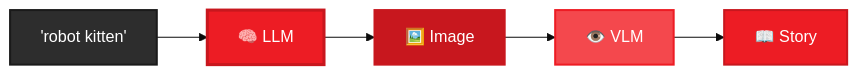
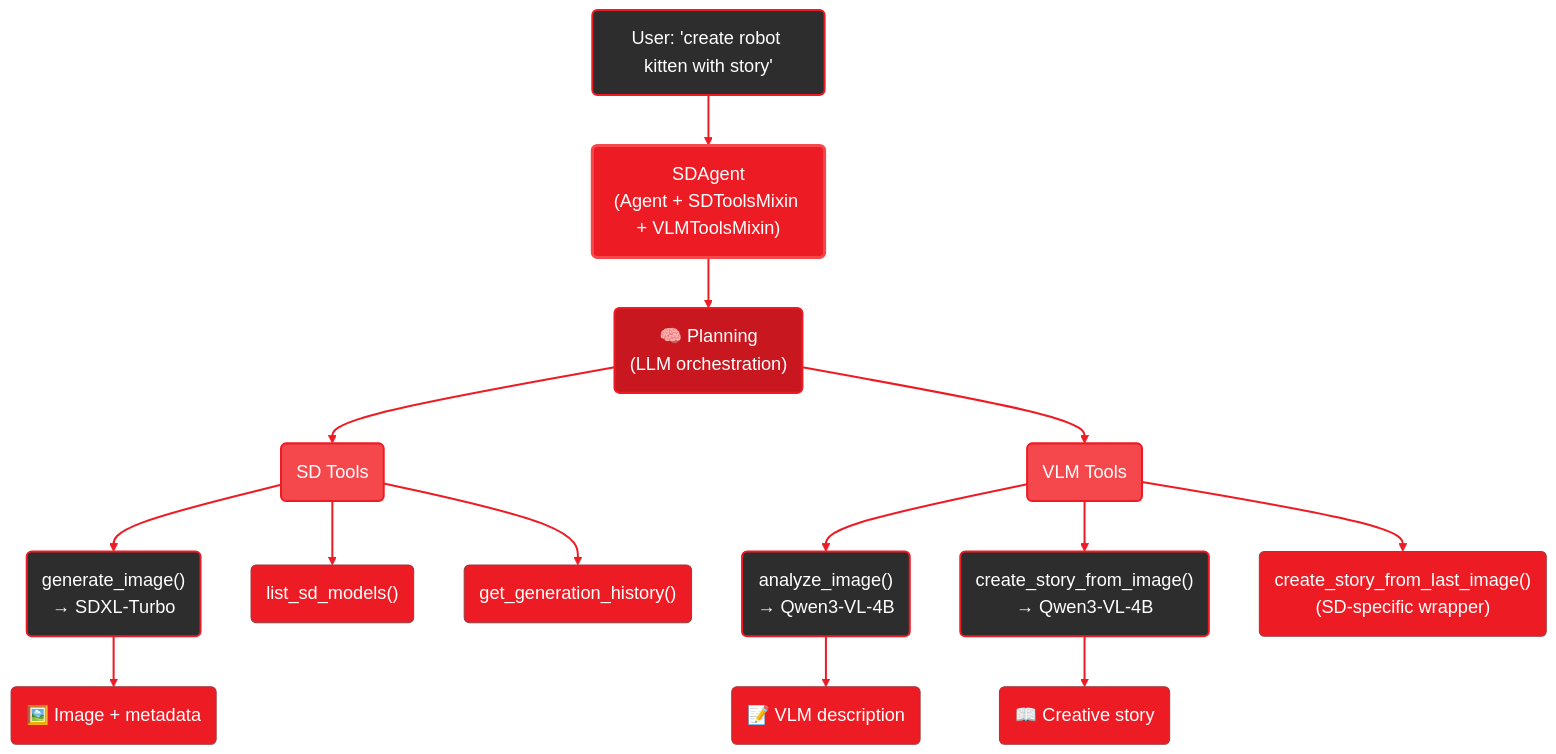
One commit to amd/gaia changed the diagram in docs/guides/sd.mdx. Above: the diagram before and after it, drawn with Mermaid. The commit also changed other lines of this file, not shown here.

Commit message:
Improve architecture diagram with better visibility and detail
Replaced simple linear flow diagram with detailed architecture diagram showing:
- SDAgent structure (Agent + SDToolsMixin + VLMToolsMixin)
- Tool organization (SD Tools vs VLM Tools)
- Individual tool functions with their target models
- Planning/orchestration layer

Improvements:
- Increased font size from 14px to 18px for readability
- Set lineColor and linkStyle to #ED1C24 for dark mode visibility
- Added rounded corners to all boxes for modern appearance
- Changed layout from LR (left-right) to TB (top-bottom) for better flow
- Included actual tool function names (generate_image, analyze_image, etc.)

````diff
--- a/docs/guides/sd.mdx
+++ b/docs/guides/sd.mdx
@@ -84,14 +86,33 @@
 ```mermaid
-%%{init: {'theme':'base', 'themeVariables': { 'primaryColor':'#ED1C24', 'fontSize':'16px'}}}%%
-graph LR
-    A["'robot kitten'"] --> B["🧠 LLM"]
-    B --> C["🖼️ Image"]
-    C --> D["👁️ VLM"]
-    D --> E["📖 Story"]
+%%{init: {'theme':'base', 'themeVariables': { 'primaryColor':'#ED1C24', 'fontSize':'18px', 'lineColor':'#ED1C24', 'primaryTextColor':'#fff', 'edgeLabelBackground':'#1a1a1a'}, 'flowchart': {'curve': 'basis'}}}%%
+graph TB
+    User("User: 'create robot kitten with story'") --> Agent("SDAgent<br/>(Agent + SDToolsMixin + VLMToolsMixin)")
 
-    style A fill:#2d2d2d,stroke:#1a1a1a,stroke-width:2px,color:#fff
-    style B fill:#ED1C24,stroke:#C8171E,stroke-width:3px,color:#fff
-    style C fill:#C8171E,stroke:#C8171E,stroke-width:2px,color:#fff
-    style D fill:#F4484D,stroke:#ED1C24,stroke-width:2px,color:#fff
-    style E fill:#ED1C24,stroke:#C8171E,stroke-width:2px,color:#fff
+    Agent --> Plan("🧠 Planning<br/>(LLM orchestration)")
+
+    Plan --> SDTools("SD Tools")
+    Plan --> VLMTools("VLM Tools")
+
+    SDTools --> GenImg("generate_image()<br/>→ SDXL-Turbo")
+    SDTools --> ListModels("list_sd_models()")
+    SDTools --> History("get_generation_history()")
+
+    VLMTools --> Analyze("analyze_image()<br/>→ Qwen3-VL-4B")
+    VLMTools --> Story("create_story_from_image()<br/>→ Qwen3-VL-4B")
+    VLMTools --> StoryLast("create_story_from_last_image()<br/>(SD-specific wrapper)")
+
+    GenImg --> Output("🖼️ Image + metadata")
+    Analyze --> Output2("📝 VLM description")
+    Story --> Output3("📖 Creative story")
+
+    style User fill:#2d2d2d,stroke:#ED1C24,stroke-width:2px,color:#fff
+    style Agent fill:#ED1C24,stroke:#F4484D,stroke-width:3px,color:#fff
+    style Plan fill:#C8171E,stroke:#ED1C24,stroke-width:2px,color:#fff
+    style SDTools fill:#F4484D,stroke:#ED1C24,stroke-width:2px,color:#fff
+    style VLMTools fill:#F4484D,stroke:#ED1C24,stroke-width:2px,color:#fff
+    style GenImg fill:#2d2d2d,stroke:#ED1C24,stroke-width:2px,color:#fff
+    style Analyze fill:#2d2d2d,stroke:#ED1C24,stroke-width:2px,color:#fff
+    style Story fill:#2d2d2d,stroke:#ED1C24,stroke-width:2px,color:#fff
+
+    linkStyle default stroke:#ED1C24,stroke-width:2px
 ```
````
